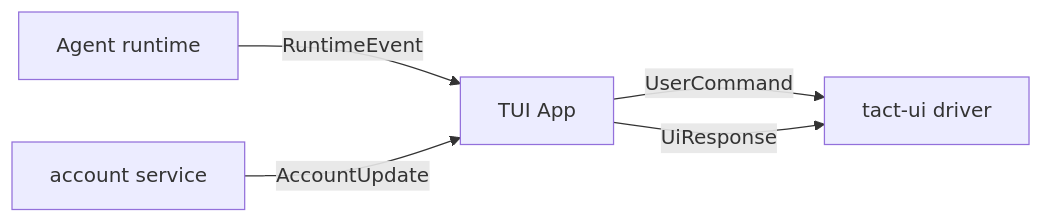
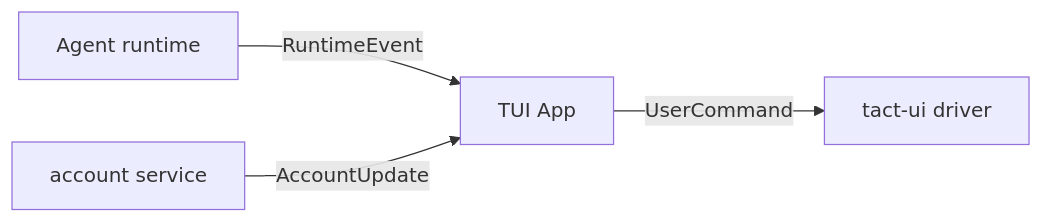
Before and after one commit to rust-infra/tact: the first of 9 diagrams in book/25_chapter_protocol_zh.md, drawn with Mermaid. The commit also changed other lines of this file and 1 other file, not shown here.

````diff
--- a/book/25_chapter_protocol_zh.md
+++ b/book/25_chapter_protocol_zh.md
@@ -13,7 +13,6 @@
 ```mermaid
 graph LR
     Agent[Agent runtime] -->|RuntimeEvent| TUI[TUI App]
     TUI -->|UserCommand| Driver[tact-ui driver]
-    TUI -->|UiResponse| Driver
     Account[account service] -->|AccountUpdate| TUI
 ```
````
